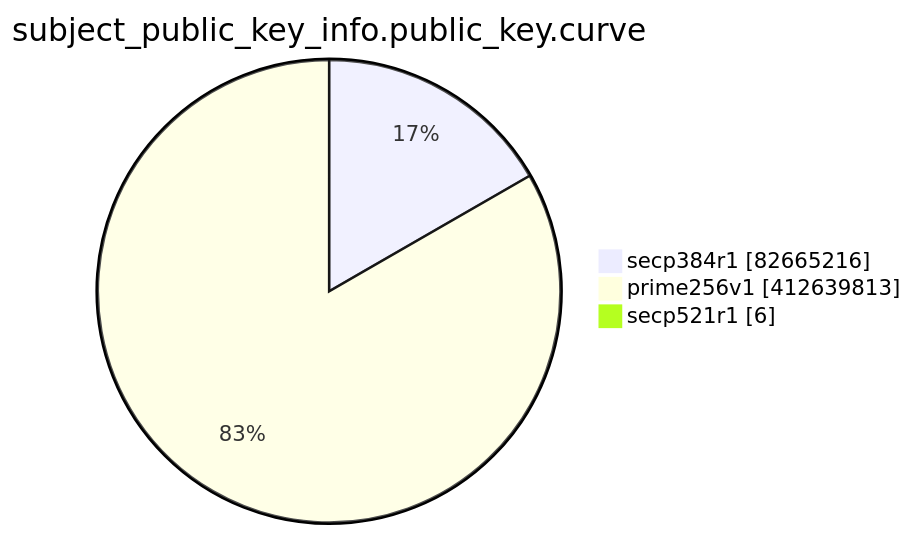
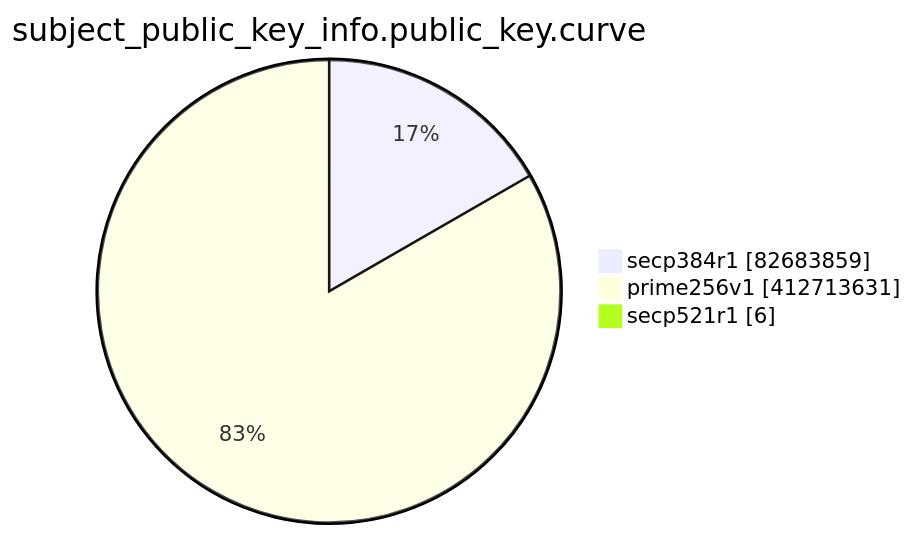
The eighth of 15 diagrams in TOTAL/README.md (christiankrug/ctmonitor_visualization), drawn with Mermaid before and after one commit. The commit also changed other lines of this file, not shown here.

````diff
--- a/TOTAL/README.md
+++ b/TOTAL/README.md
@@ -3098,7 +3098,7 @@
 ```mermaid
 pie showData
 title subject_public_key_info.public_key.curve
-"secp384r1" :82665216
-"prime256v1" :412639813
+"secp384r1" :82683859
+"prime256v1" :412713631
 "secp521r1" :6
 ```
````
